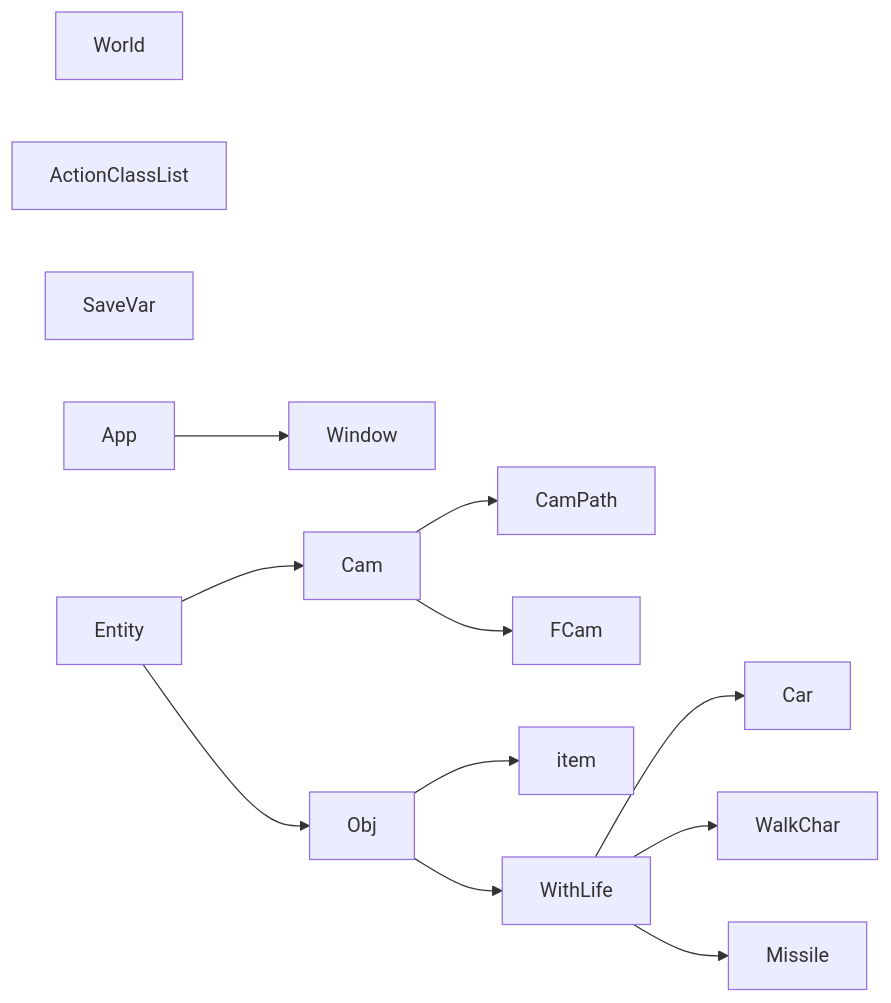
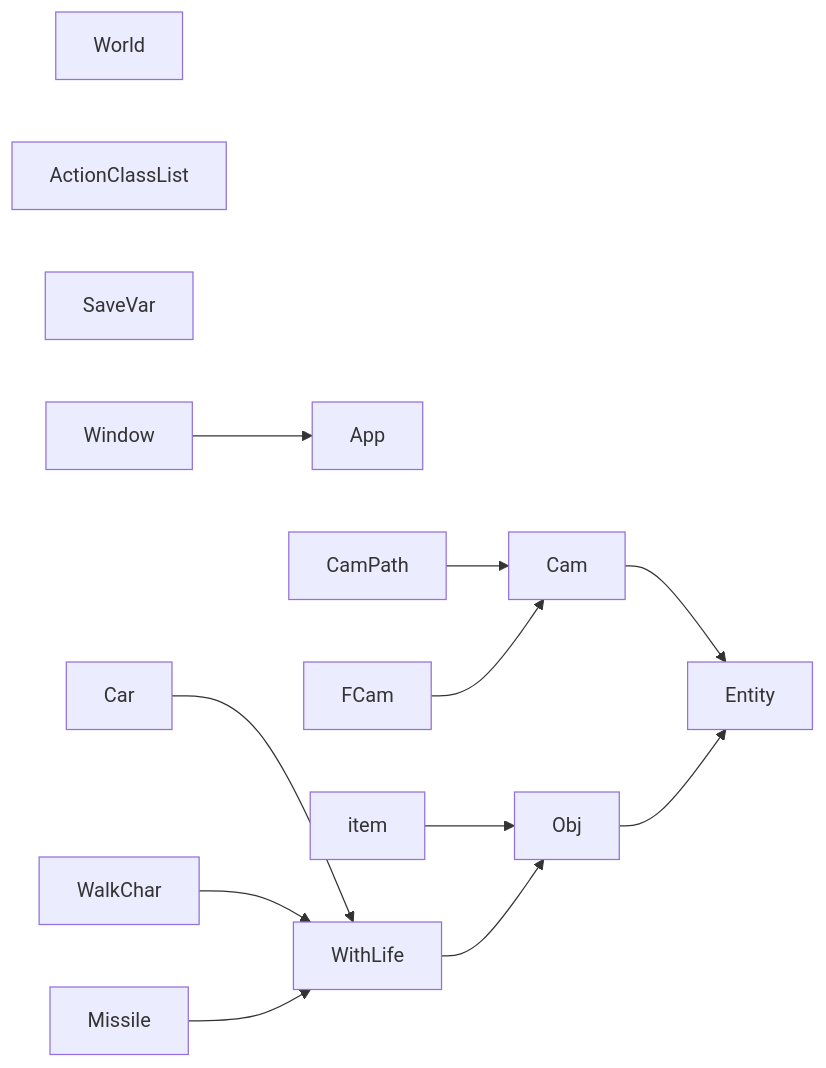
Before and after one commit to ReScrap/Notes: the diagram in Classes.md, drawn with Mermaid. The commit also changed other lines of this file, not shown here.

Commit message:
2023-02-05 17:42:00: Update class diagram to properly show inheritance

````diff
--- a/Classes.md
+++ b/Classes.md
@@ -34,16 +35,16 @@
 ```mermaid
 graph LR
     World
     ActionClassList
     SaveVar
-    App --> Window
-    Cam --> CamPath
-    Entity --> Cam
-    Cam --> FCam
-    Entity --> Obj
-    Obj --> item
-    Obj --> WithLife
-    WithLife --> Car
-    WithLife --> WalkChar
-    WithLife --> Missile
+	Window --> App 
+	CamPath --> Cam
+	Cam --> Entity
+	FCam --> Cam
+	Obj --> Entity
+	item --> Obj
+	WithLife --> Obj
+	Car --> WithLife
+	WalkChar --> WithLife
+	Missile --> WithLife
 ```
````
